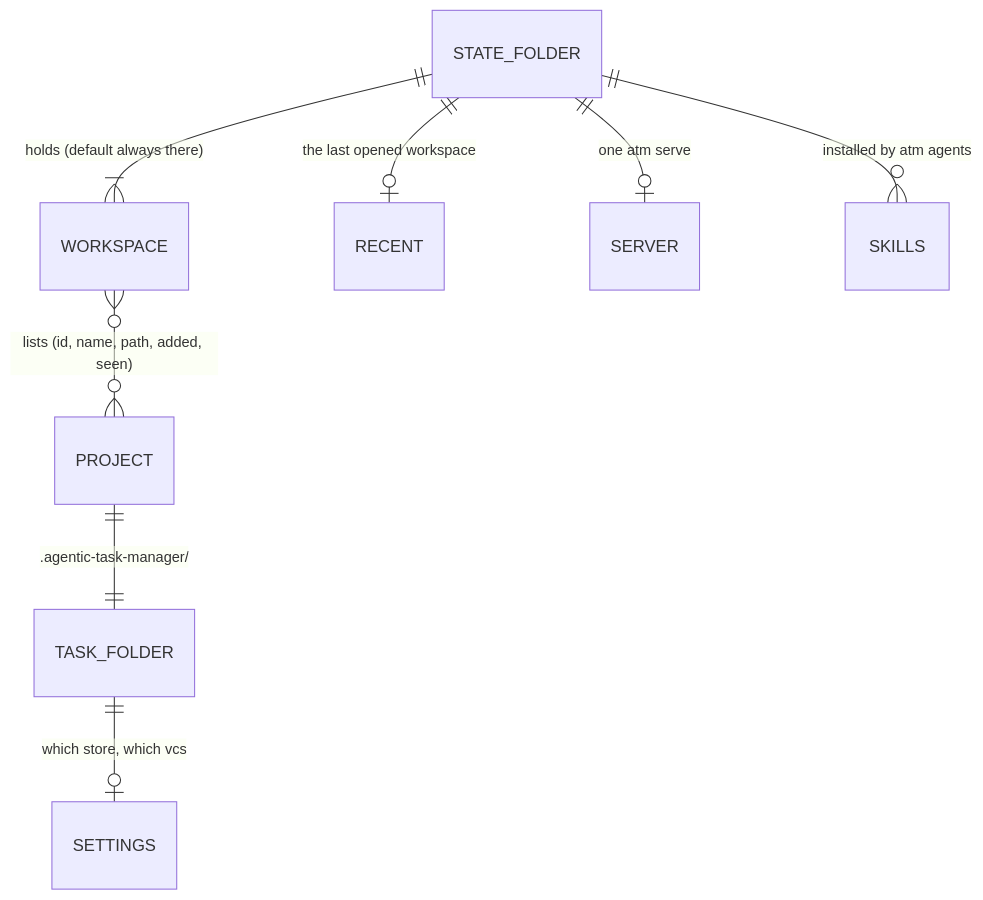
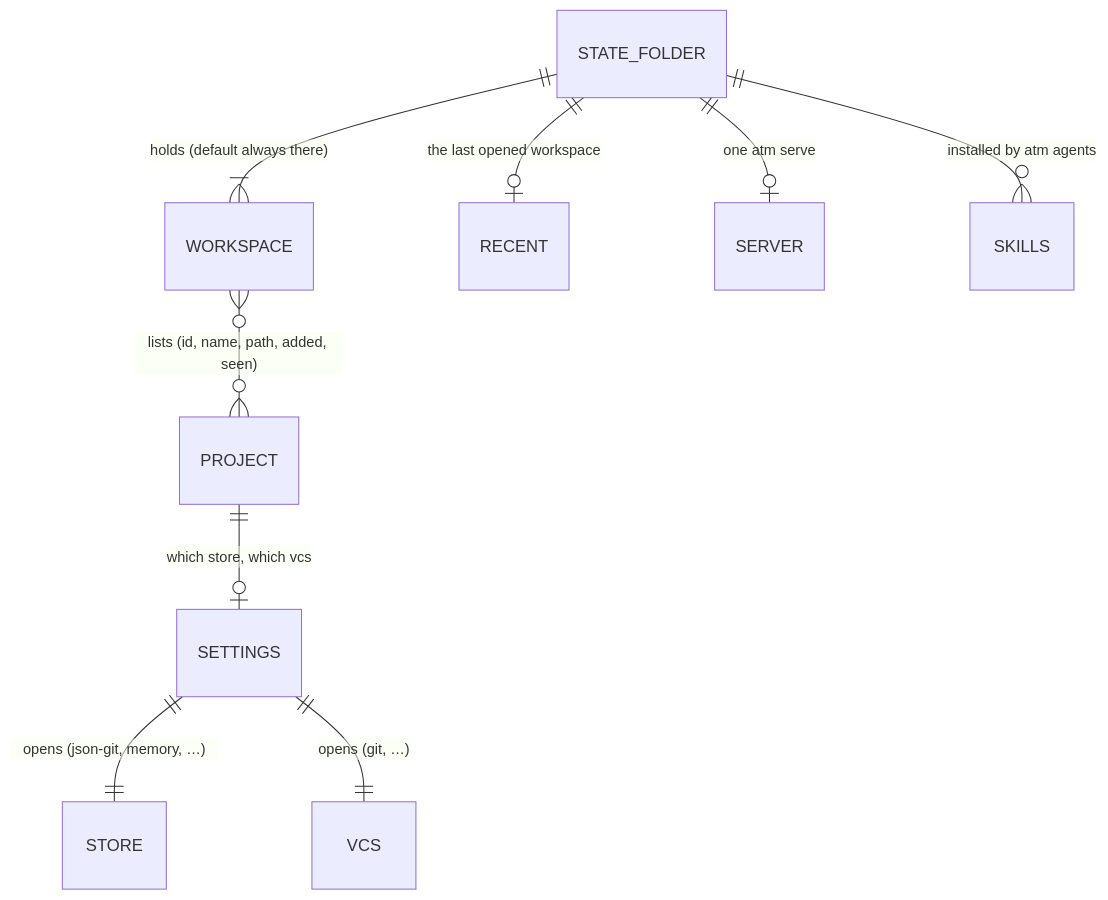
Before and after one commit to solo-swe/agentic-task-manager: the first of 4 diagrams in docs/adr/ADR-003-workspaces.md, drawn with Mermaid. The commit also changed other lines of this file and 1 other file, not shown here.

````diff
--- a/docs/adr/ADR-003-workspaces.md
+++ b/docs/adr/ADR-003-workspaces.md
@@ -31,10 +31,11 @@
 ```mermaid
 erDiagram
   STATE_FOLDER ||--|{ WORKSPACE : "holds (default always there)"
   STATE_FOLDER ||--o| RECENT : "the last opened workspace"
   STATE_FOLDER ||--o| SERVER : "one atm serve"
   STATE_FOLDER ||--o{ SKILLS : "installed by atm agents"
   WORKSPACE }o--o{ PROJECT : "lists (id, name, path, added, seen)"
-  PROJECT ||--|| TASK_FOLDER : ".agentic-task-manager/"
-  TASK_FOLDER ||--o| SETTINGS : "which store, which vcs"
+  PROJECT ||--o| SETTINGS : "which store, which vcs"
+  SETTINGS ||--|| STORE : "opens (json-git, memory, …)"
+  SETTINGS ||--|| VCS : "opens (git, …)"
 ```
````
